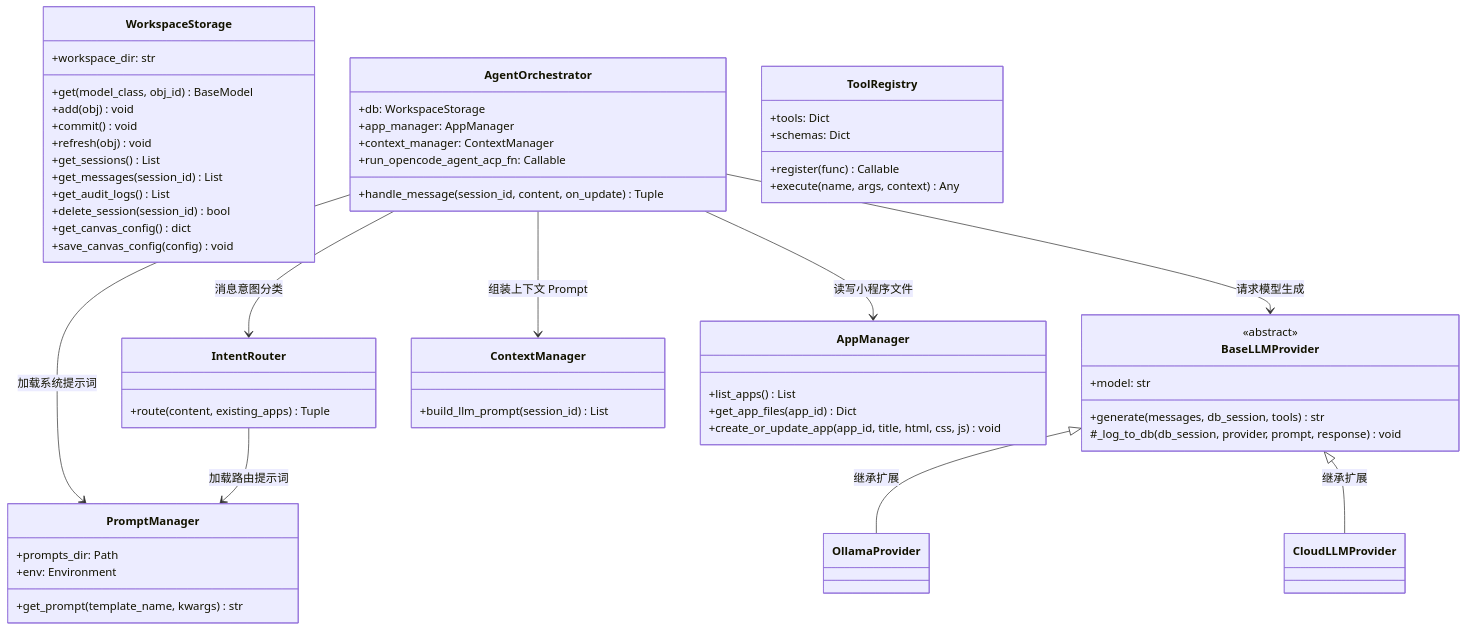
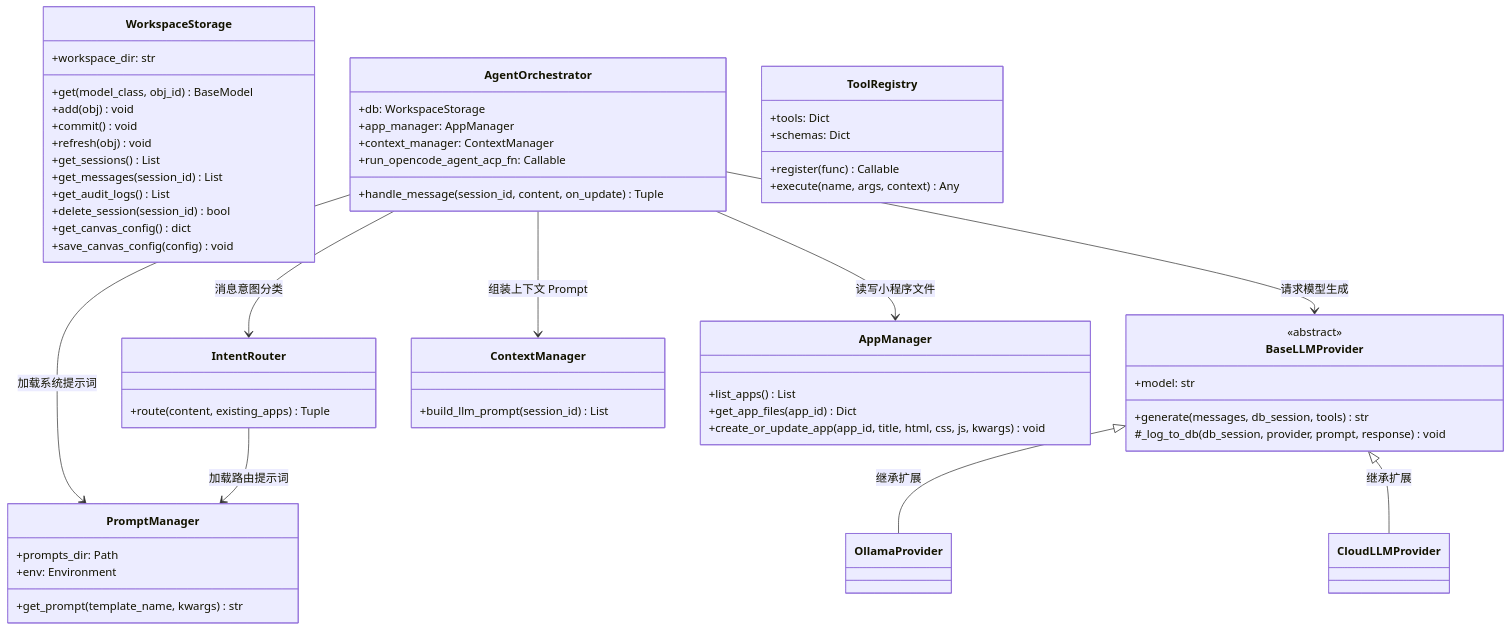
One commit to BillShiyaoZhang/ambient-agent changed the first of 2 diagrams in backend/agent/harness.md. Above: the diagram before and after it, drawn with Mermaid. The commit also changed 10 other files, not shown here.

````diff
--- a/backend/agent/harness.md
+++ b/backend/agent/harness.md
@@ -9,67 +9,67 @@
 ```mermaid
 classDiagram
     class WorkspaceStorage {
         +workspace_dir: str
         +get(model_class, obj_id) BaseModel
         +add(obj) void
         +commit() void
         +refresh(obj) void
         +get_sessions() List
         +get_messages(session_id) List
         +get_audit_logs() List
         +delete_session(session_id) bool
         +get_canvas_config() dict
         +save_canvas_config(config) void
     }
 
     class AgentOrchestrator {
         +db: WorkspaceStorage
         +app_manager: AppManager
         +context_manager: ContextManager
         +run_opencode_agent_acp_fn: Callable
         +handle_message(session_id, content, on_update) Tuple
     }
 
     class IntentRouter {
         +route(content, existing_apps) Tuple
     }
 
     class BaseLLMProvider {
         <<abstract>>
         +model: str
         +generate(messages, db_session, tools) str
         #_log_to_db(db_session, provider, prompt, response) void
     }
 
     class ToolRegistry {
         +tools: Dict
         +schemas: Dict
         +register(func) Callable
         +execute(name, args, context) Any
     }
 
     class ContextManager {
         +build_llm_prompt(session_id) List
     }
 
     class AppManager {
         +list_apps() List
         +get_app_files(app_id) Dict
-        +create_or_update_app(app_id, title, html, css, js) void
+        +create_or_update_app(app_id, title, html, css, js, kwargs) void
     }
 
     class PromptManager {
         +prompts_dir: Path
         +env: Environment
         +get_prompt(template_name, kwargs) str
     }
 
     AgentOrchestrator --> IntentRouter : 消息意图分类
     AgentOrchestrator --> BaseLLMProvider : 请求模型生成
     AgentOrchestrator --> ContextManager : 组装上下文 Prompt
     AgentOrchestrator --> AppManager : 读写小程序文件
     AgentOrchestrator --> PromptManager : 加载系统提示词
     IntentRouter --> PromptManager : 加载路由提示词
     BaseLLMProvider <|-- OllamaProvider : 继承扩展
     BaseLLMProvider <|-- CloudLLMProvider : 继承扩展
 ```
````
